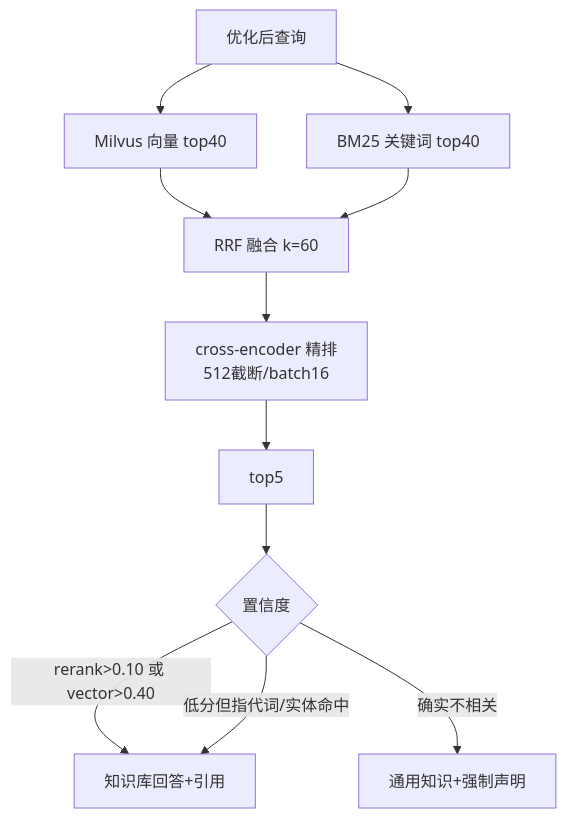
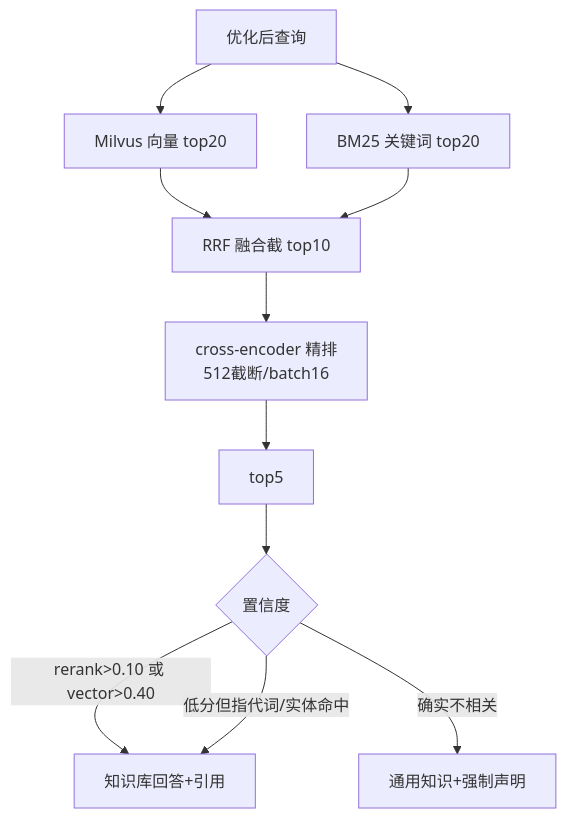
One commit to slimbaby/RAG-huagong changed the third of 6 diagrams in docs/02-组内分享.md. Above: the diagram before and after it, drawn with Mermaid. The commit also changed other lines of this file and 6 other files, not shown here.

````diff
--- a/docs/02-组内分享.md
+++ b/docs/02-组内分享.md
@@ -102,11 +102,11 @@
 ```mermaid
 flowchart TD
-    Q[优化后查询] --> VM[Milvus 向量 top40] & BM[BM25 关键词 top40]
-    VM --> RRF[RRF 融合 k=60]
+    Q[优化后查询] --> VM[Milvus 向量 top20] & BM[BM25 关键词 top20]
+    VM --> RRF[RRF 融合截 top10]
     BM --> RRF
     RRF --> CE[cross-encoder 精排<br/>512截断/batch16] --> TOP[top5]
     TOP --> CONF{置信度}
     CONF -->|rerank>0.10 或 vector>0.40| KB[知识库回答+引用]
     CONF -->|低分但指代词/实体命中| KB
     CONF -->|确实不相关| GEN[通用知识+强制声明]
 ```
````
